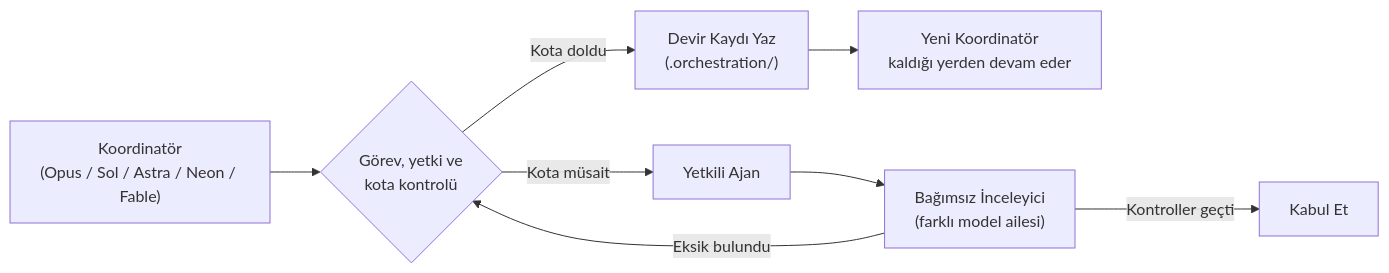
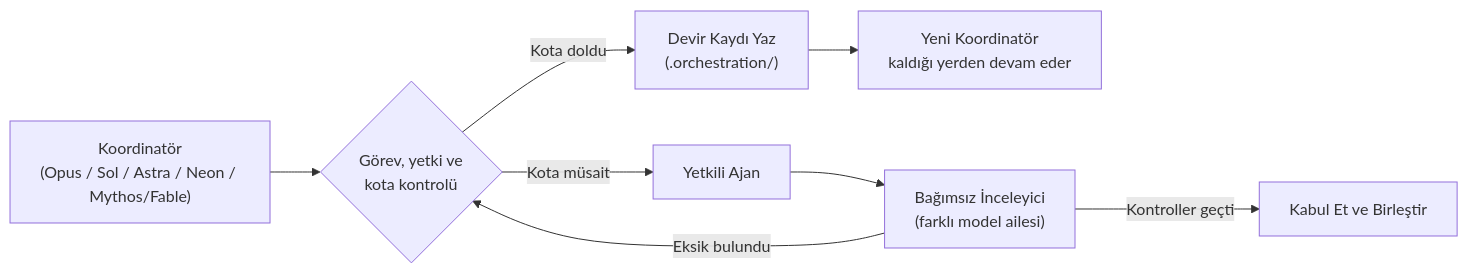
One commit to ahmedkececi/orchestration-skills changed the second of 2 diagrams in README.md. Above: the diagram before and after it, drawn with Mermaid. The commit also changed other lines of this file and 29 other files, not shown here.

````diff
--- a/README.md
+++ b/README.md
@@ -98,10 +162,10 @@
 ```mermaid
 flowchart LR
-    C["Koordinatör\n(Opus / Sol / Astra / Neon / Fable)"] --> R{"Görev, yetki ve\nkota kontrolü"}
+    C["Koordinatör\n(Opus / Sol / Astra / Neon / Mythos/Fable)"] --> R{"Görev, yetki ve\nkota kontrolü"}
     R -->|"Kota müsait"| W["Yetkili Ajan"]
     R -->|"Kota doldu"| H["Devir Kaydı Yaz\n(.orchestration/)"]
     H --> C2["Yeni Koordinatör\nkaldığı yerden devam eder"]
     W --> REV["Bağımsız İnceleyici\n(farklı model ailesi)"]
-    REV -->|"Kontroller geçti"| OK["Kabul Et"]
+    REV -->|"Kontroller geçti"| OK["Kabul Et ve Birleştir"]
     REV -->|"Eksik bulundu"| R
 ```
````
